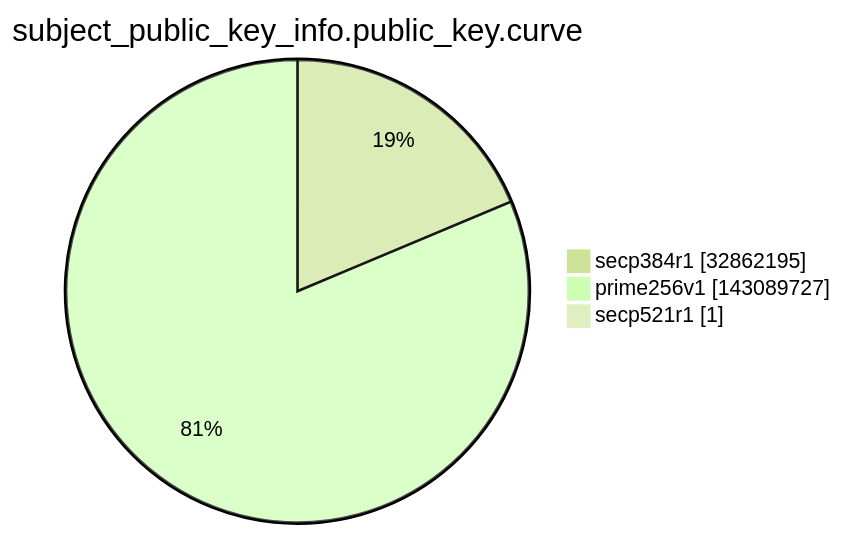
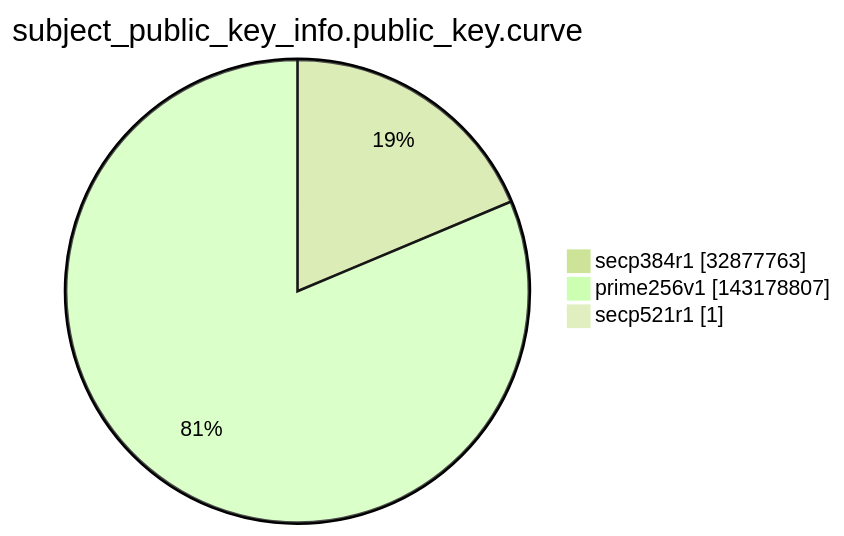
Before and after one commit to christiankrug/ctmonitor_visualization: the ninth of 15 diagrams in argon2022/README.md, drawn with Mermaid (forest theme). The commit also changed other lines of this file, not shown here.

````diff
--- a/argon2022/README.md
+++ b/argon2022/README.md
@@ -2764,7 +2764,7 @@
 ```mermaid
 pie showData
 title subject_public_key_info.public_key.curve
-"secp384r1" :32862195
-"prime256v1" :143089727
+"secp384r1" :32877763
+"prime256v1" :143178807
 "secp521r1" :1
 ```
````
